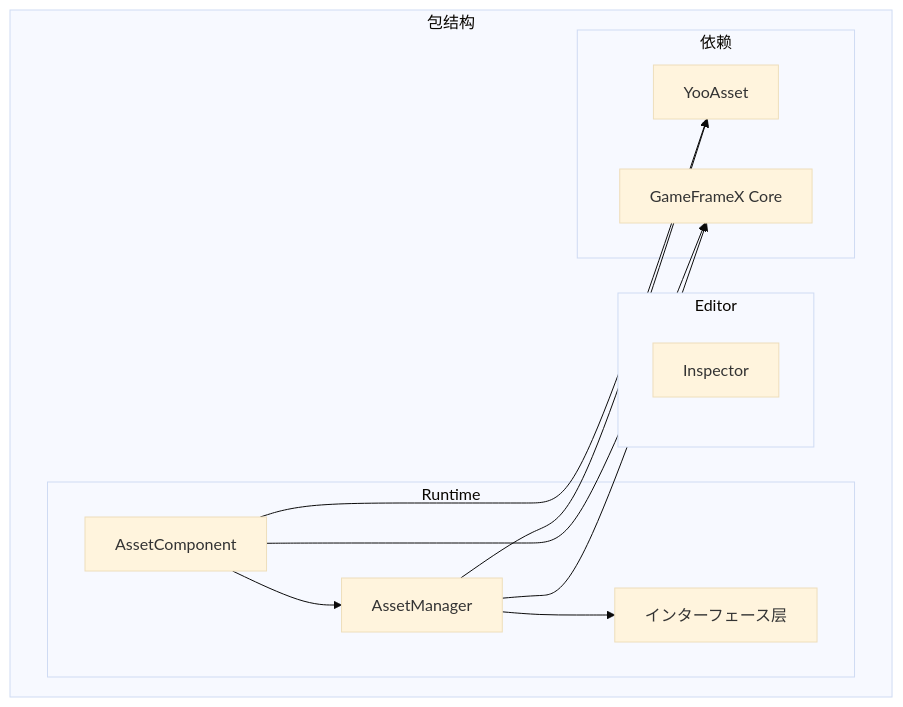
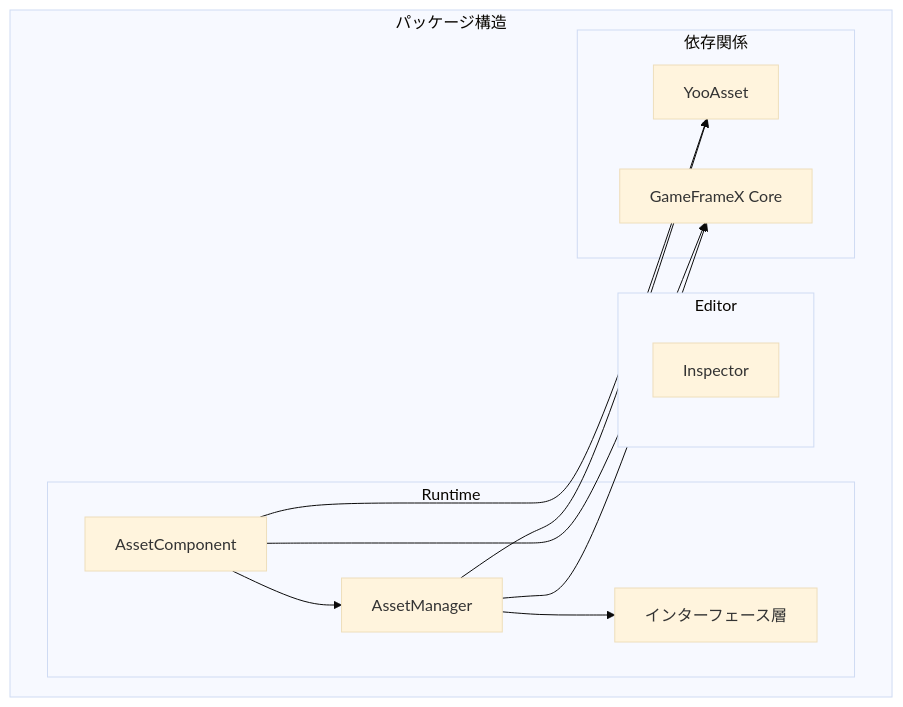
One commit to AlianBlank/GameFrameX.Docs changed the diagram in docs/ja/client/unity/component/asset/02.installation.md. Above: the diagram before and after it, drawn with Mermaid (base theme). The commit also changed other lines of this file and 320 other files, not shown here.

````diff
--- a/docs/ja/client/unity/component/asset/02.installation.md
+++ b/docs/ja/client/unity/component/asset/02.installation.md
@@ -156,26 +156,26 @@
 ```mermaid
 graph TD
-    subgraph PackageStructure["包结构"]
+    subgraph PackageStructure["パッケージ構造"]
         subgraph Runtime["Runtime"]
             RT[AssetComponent]
             RM[AssetManager]
-            IA[インターフェース层]
+            IA[インターフェース層]
         end
         
         subgraph Editor["Editor"]
             IN[Inspector]
         end
         
-        subgraph Dependencies["依赖"]
+        subgraph Dependencies["依存関係"]
             YOO[YooAsset]
             GFX[GameFrameX Core]
         end
     end
     
     RT --> RM
     RM --> IA
     RT --> YOO
     RM --> YOO
     RT --> GFX
     RM --> GFX
 ```
````
